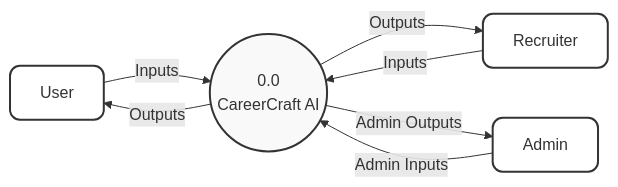
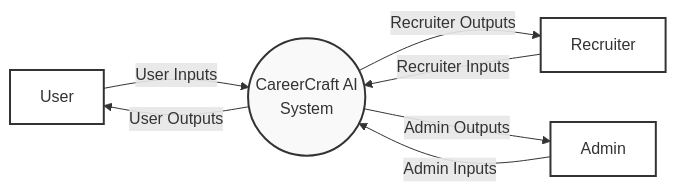
The first of 3 diagrams in PROJECT_REPORT.md (Hit246/carrercraftai), drawn with Mermaid before and after one commit. The commit also changed other lines of this file, not shown here.

````diff
--- a/PROJECT_REPORT.md
+++ b/PROJECT_REPORT.md
@@ -225,15 +225,15 @@
 ```mermaid
 graph LR
-    U[User] -->|Inputs| P0((0.0<br>CareerCraft AI))
-    R[Recruiter] -->|Inputs| P0
+    U[User] -->|User Inputs| P0((CareerCraft AI<br>System))
+    R[Recruiter] -->|Recruiter Inputs| P0
     A[Admin] -->|Admin Inputs| P0
     
-    P0 -->|Outputs| U
-    P0 -->|Outputs| R
+    P0 -->|User Outputs| U
+    P0 -->|Recruiter Outputs| R
     P0 -->|Admin Outputs| A
 
-    style U fill:#fff,stroke:#333,stroke-width:2px,rx:10,ry:10
-    style R fill:#fff,stroke:#333,stroke-width:2px,rx:10,ry:10
-    style A fill:#fff,stroke:#333,stroke-width:2px,rx:10,ry:10
+    style U fill:#fff,stroke:#333,stroke-width:2px
+    style R fill:#fff,stroke:#333,stroke-width:2px
+    style A fill:#fff,stroke:#333,stroke-width:2px
     style P0 fill:#f9f9f9,stroke:#333,stroke-width:2px
 ```
````
